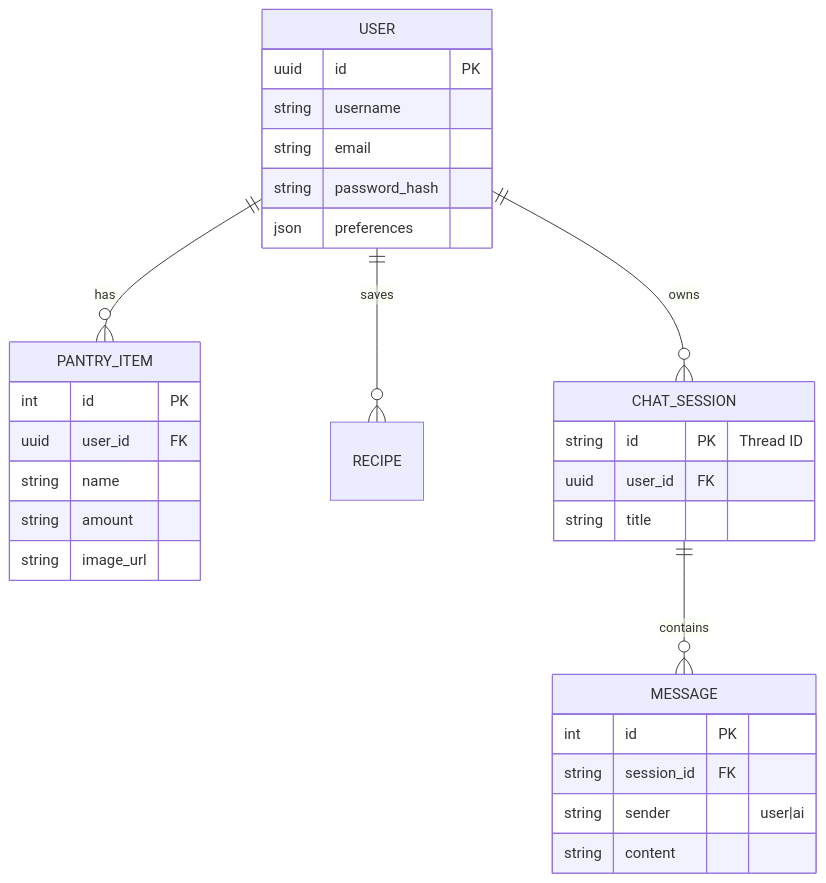
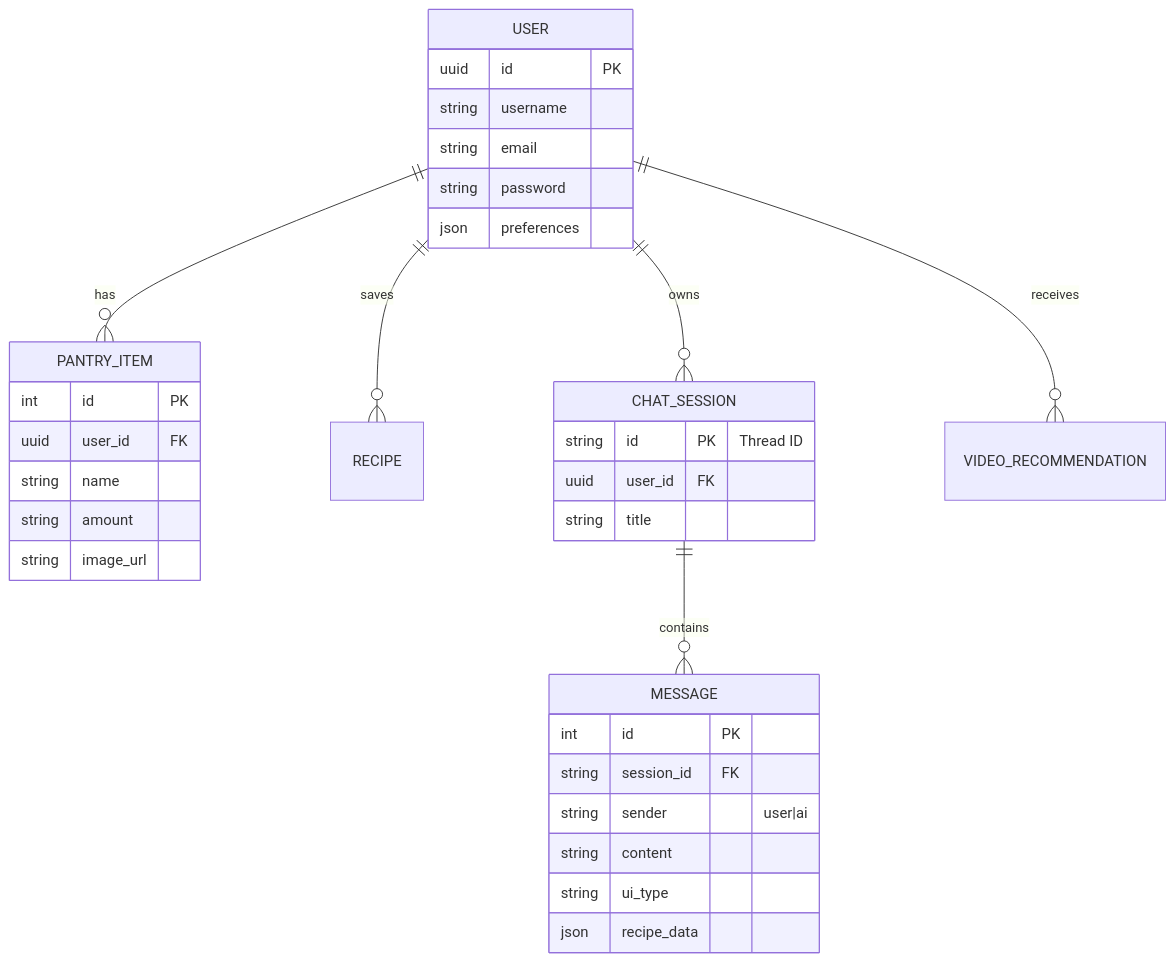
The diagram in BackEnd/README.md (SteveRogersBD/Raven), drawn with Mermaid before and after one commit. The commit also changed other lines of this file and 4 other files, not shown here.

````diff
--- a/BackEnd/README.md
+++ b/BackEnd/README.md
@@ -11,36 +11,39 @@
 ```mermaid
 erDiagram
     USER ||--o{ PANTRY_ITEM : has
     USER ||--o{ RECIPE : saves
     USER ||--o{ CHAT_SESSION : owns
+    USER ||--o{ VIDEO_RECOMMENDATION : receives
     CHAT_SESSION ||--o{ MESSAGE : contains
 
     USER {
         uuid id PK
         string username
         string email
-        string password_hash
+        string password
         json preferences
     }
 
     PANTRY_ITEM {
         int id PK
         uuid user_id FK
         string name
         string amount
         string image_url
     }
 
     CHAT_SESSION {
         string id PK "Thread ID"
         uuid user_id FK
         string title
     }
 
     MESSAGE {
         int id PK
         string session_id FK
         string sender "user|ai"
         string content
+        string ui_type
+        json recipe_data
     }
 ```
````
